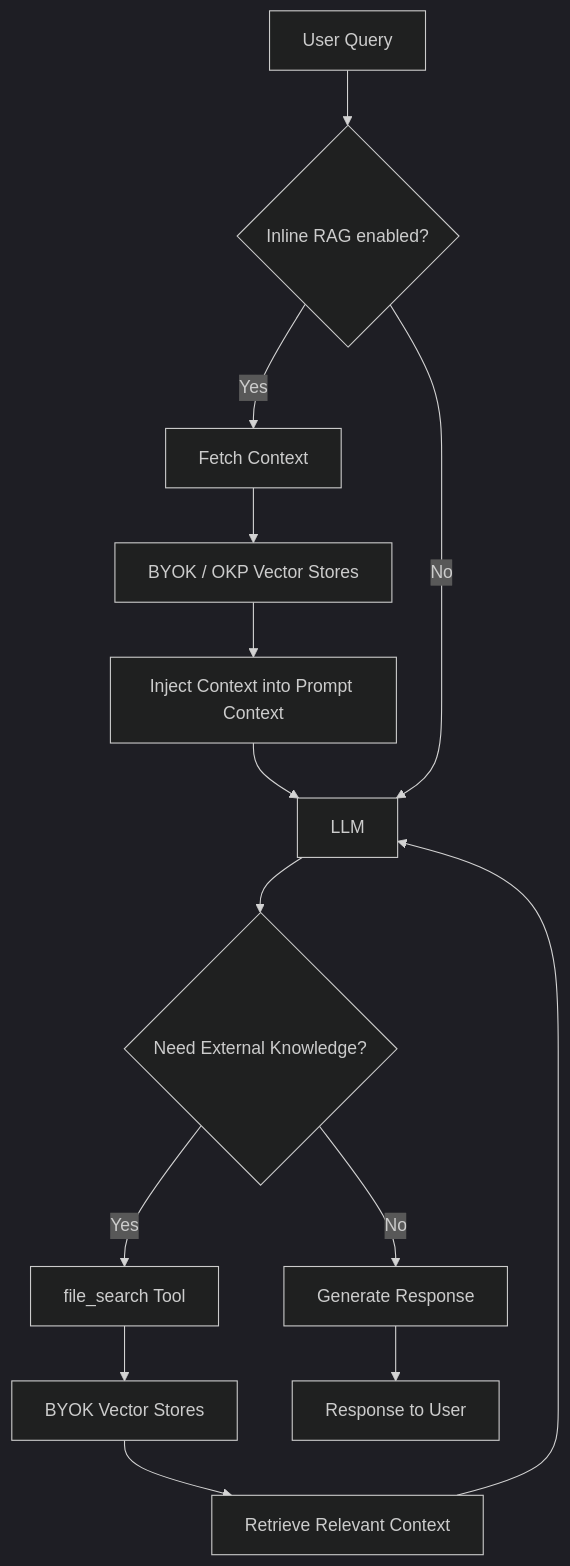
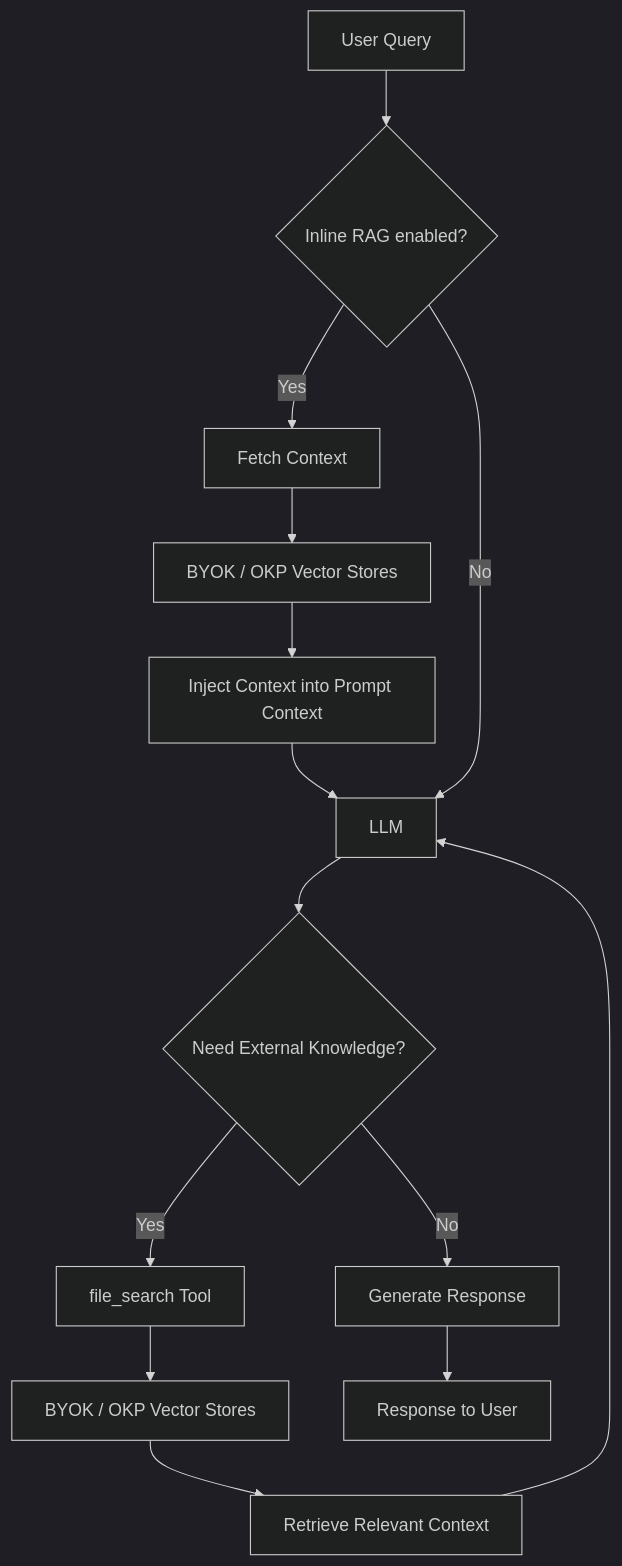
Before and after one commit to lightspeed-core/lightspeed-stack: the second of 2 diagrams in docs/byok_guide.md, drawn with Mermaid (dark theme). The commit also changed other lines of this file and 20 other files, not shown here.

Commit message:
- Abstracted Solr away from user - Config changed to list rag_id / okp stores per RAG mode: inline / tool

````diff
--- a/docs/byok_guide.md
+++ b/docs/byok_guide.md
@@ -59,16 +59,16 @@
 ```mermaid
 graph TD
     A[User Query] --> P{Inline RAG enabled?}
     P -->|Yes| Q[Fetch Context]
     Q --> R[BYOK / OKP Vector Stores]
     R --> S[Inject Context into Prompt Context]
     S --> B[LLM]
     P -->|No| B
     B --> C{Need External Knowledge?}
     C -->|Yes| D[file_search Tool]
     C -->|No| E[Generate Response]
-    D --> F[BYOK Vector Stores]
+    D --> F[BYOK / OKP Vector Stores]
     F --> G[Retrieve Relevant Context]
     G --> B
     E --> H[Response to User]
 ```
````
